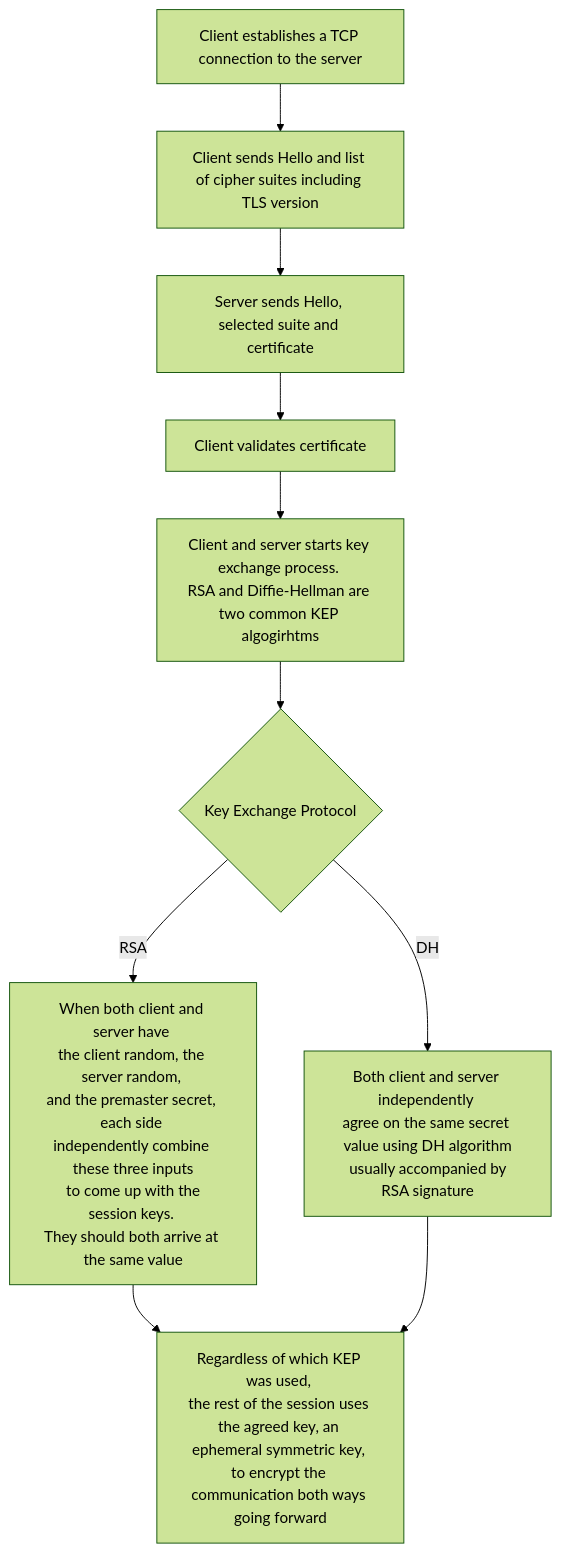
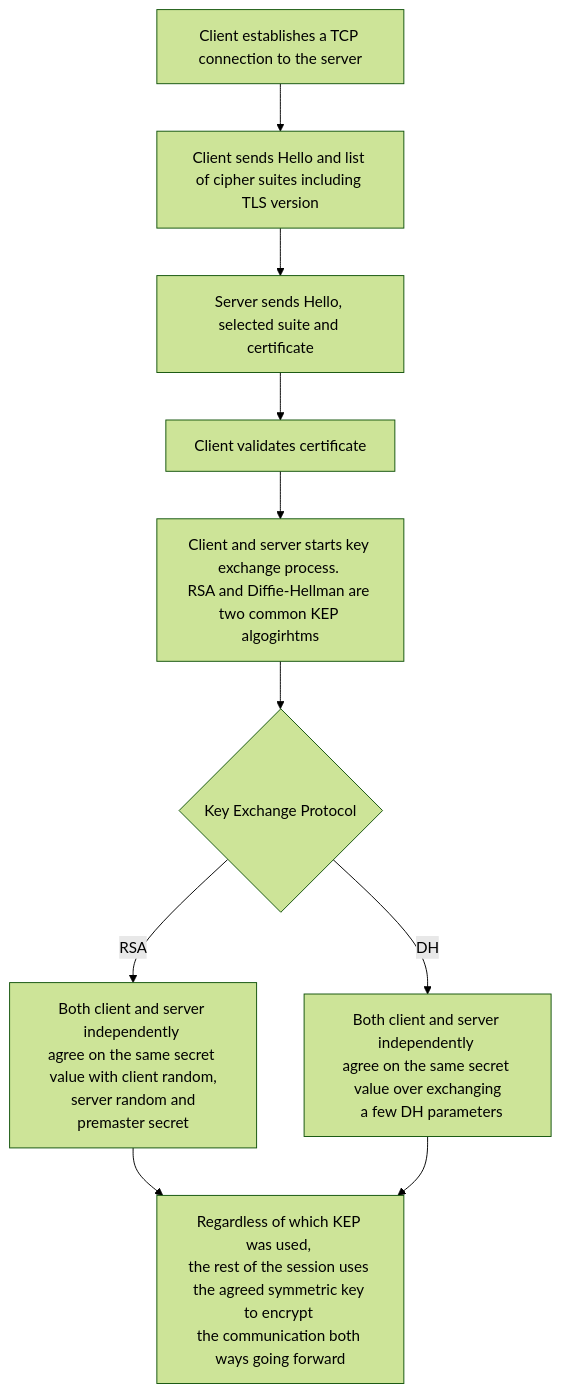
Before and after one commit to davxiao/davidxiao-web: the diagram in content/post/tls-handshake-in-a-nutshell/index.md, drawn with Mermaid (forest theme). The commit also changed other lines of this file and 10 other files, not shown here.

````diff
--- a/content/post/tls-handshake-in-a-nutshell/index.md
+++ b/content/post/tls-handshake-in-a-nutshell/index.md
@@ -40,10 +40,10 @@
 ```mermaid
 graph TD;
     A[Client establishes a TCP connection to the server] -->B[Client sends Hello and list of cipher suites including TLS version] -->C[Server sends Hello, selected suite and certificate] --> D[Client validates certificate]
     D --> E[Client and server starts key exchange process. <br/>RSA and Diffie-Hellman are two common KEP algogirhtms]
     E --> F{Key Exchange Protocol}
-    F -->|RSA| G[When both client and server have <br/>the client random, the server random, <br/>and the premaster secret, each side <br/>independently combine these three inputs<br/> to come up with the session keys. <br/>They should both arrive at the same value]
-    F -->|DH| H[Both client and server independently <br/>agree on the same secret value using DH algorithm<br/> usually accompanied by RSA signature]
-    G -->I[Regardless of which KEP was used, <br/>the rest of the session uses the agreed key, an ephemeral symmetric key, <br/>to encrypt the communication both ways going forward]
+    F -->|RSA| G[Both client and server independently <br/>agree on the same secret value with client random,<br/> server random and premaster secret]
+    F -->|DH| H[Both client and server independently <br/>agree on the same secret value over exchanging<br/>  a few DH parameters]
+    G -->I[Regardless of which KEP was used, <br/>the rest of the session uses the agreed symmetric key to encrypt <br/>the communication both ways going forward]
     H -->I
 ```
````
